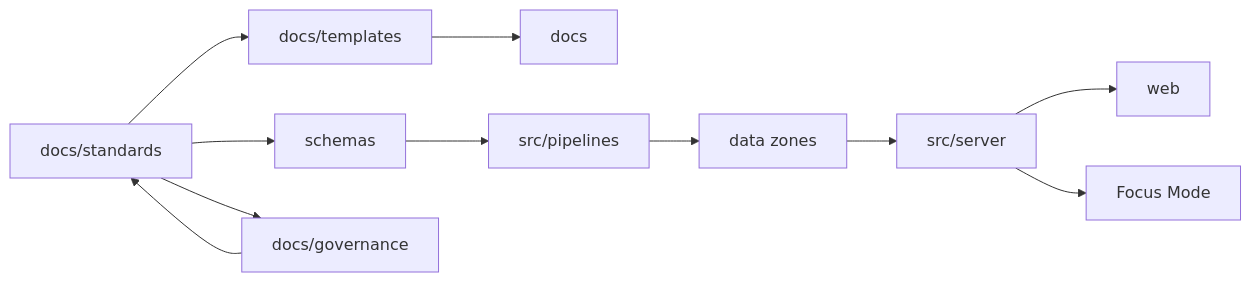
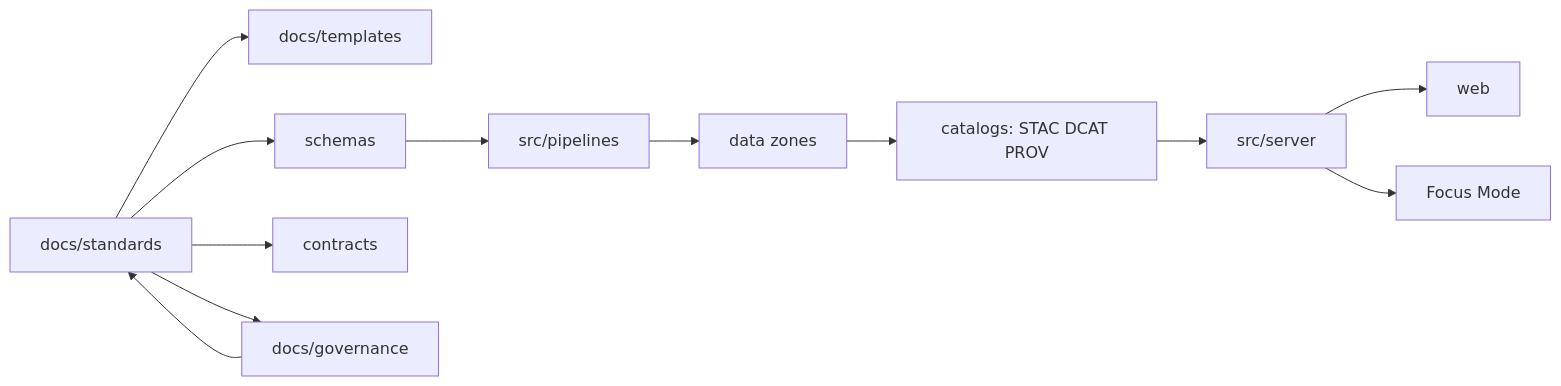
The first of 2 diagrams in docs/standards/README.md (bartytime4life/Kansas-Frontier-Matrix), drawn with Mermaid before and after one commit. The commit also changed other lines of this file, not shown here.

````diff
--- a/docs/standards/README.md
+++ b/docs/standards/README.md
@@ -64,15 +95,16 @@
 ```mermaid
 flowchart LR
   Standards[docs/standards] --> Templates[docs/templates]
   Standards --> Schemas[schemas]
+  Standards --> Contracts[contracts]
   Standards --> Governance[docs/governance]
 
-  Templates --> Docs[docs]
   Schemas --> Pipelines[src/pipelines]
-  Pipelines --> Artifacts[data zones]
-  Artifacts --> APIs[src/server]
+  Pipelines --> Zones[data zones]
+  Zones --> Catalogs[catalogs: STAC DCAT PROV]
+  Catalogs --> APIs[src/server]
   APIs --> UI[web]
   APIs --> Focus[Focus Mode]
 
   Governance --> Standards
 ```
````
